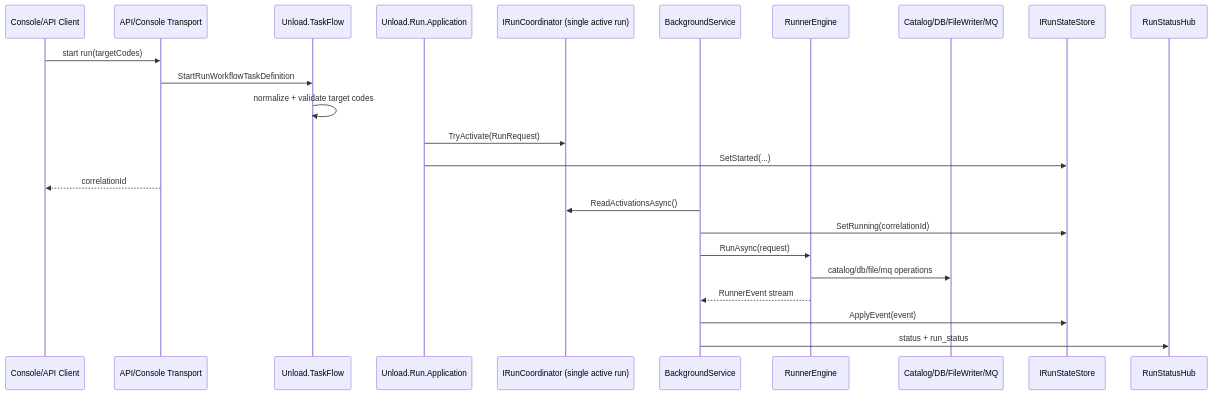
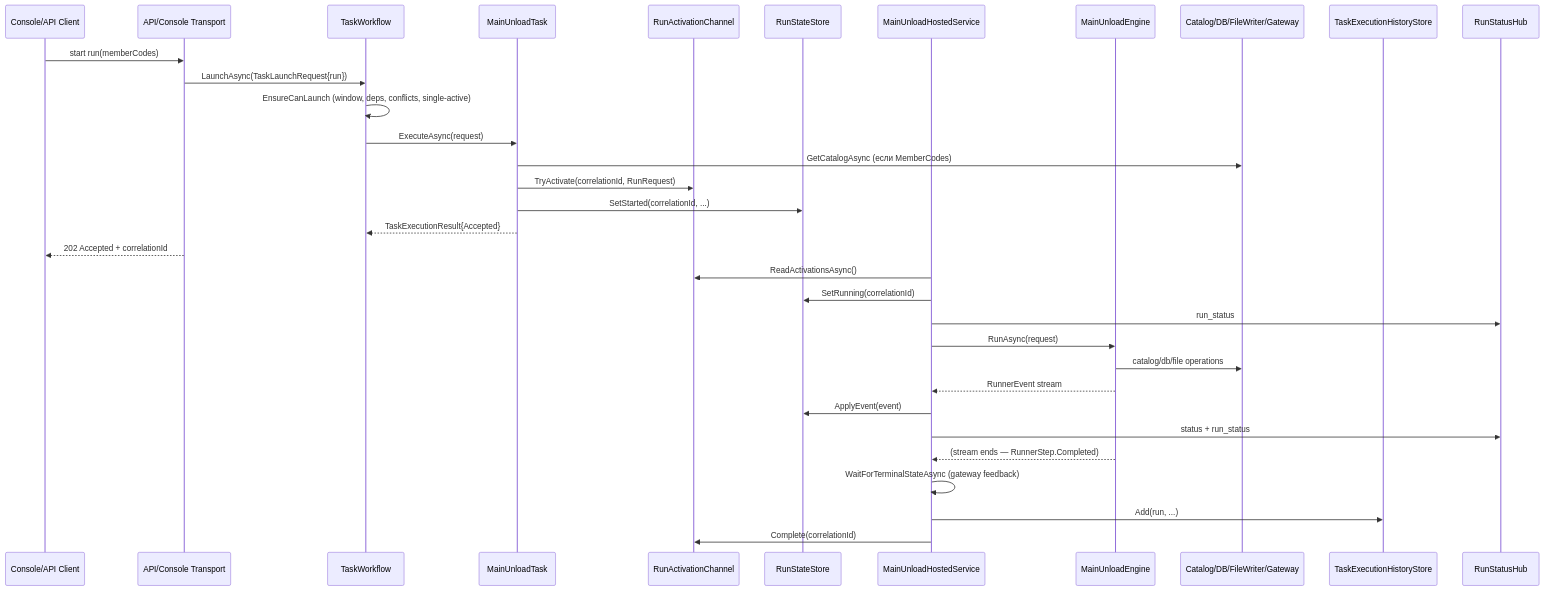
The second of 2 diagrams in docs/ARCHITECTURE.md (Dehydrohaloalkan/unload), drawn with Mermaid before and after one commit. The commit also changed other lines of this file and 3 other files, not shown here.

````diff
--- a/docs/ARCHITECTURE.md
+++ b/docs/ARCHITECTURE.md
@@ -347,28 +260,38 @@
 ```mermaid
 sequenceDiagram
     participant Client as Console/API Client
     participant Transport as API/Console Transport
-    participant TaskFlow as Unload.TaskFlow
-    participant RunApp as Unload.Run.Application
-    participant Coordinator as IRunCoordinator (single active run)
-    participant Worker as BackgroundService
-    participant Runner as RunnerEngine
-    participant Infra as Catalog/DB/FileWriter/MQ
-    participant State as IRunStateStore
+    participant Workflow as TaskWorkflow
+    participant Task as MainUnloadTask
+    participant Channel as RunActivationChannel
+    participant Store as RunStateStore
+    participant Worker as MainUnloadHostedService
+    participant Engine as MainUnloadEngine
+    participant Infra as Catalog/DB/FileWriter/Gateway
+    participant History as TaskExecutionHistoryStore
     participant SignalR as RunStatusHub
 
-    Client->>Transport: start run(targetCodes)
-    Transport->>TaskFlow: StartRunWorkflowTaskDefinition
-    TaskFlow->>TaskFlow: normalize + validate target codes
-    RunApp->>Coordinator: TryActivate(RunRequest)
-    RunApp->>State: SetStarted(...)
-    Transport-->>Client: correlationId
+    Client->>Transport: start run(memberCodes)
+    Transport->>Workflow: LaunchAsync(TaskLaunchRequest{run})
+    Workflow->>Workflow: EnsureCanLaunch (window, deps, conflicts, single-active)
+    Workflow->>Task: ExecuteAsync(request)
+    Task->>Infra: GetCatalogAsync (если MemberCodes)
+    Task->>Channel: TryActivate(correlationId, RunRequest)
+    Task->>Store: SetStarted(correlationId, ...)
+    Task-->>Workflow: TaskExecutionResult{Accepted}
+    Transport-->>Client: 202 Accepted + correlationId
 
-    Worker->>Coordinator: ReadActivationsAsync()
-    Worker->>State: SetRunning(correlationId)
-    Worker->>Runner: RunAsync(request)
-    Runner->>Infra: catalog/db/file/mq operations
-    Runner-->>Worker: RunnerEvent stream
-    Worker->>State: ApplyEvent(event)
+    Worker->>Channel: ReadActivationsAsync()
+    Worker->>Store: SetRunning(correlationId)
+    Worker->>SignalR: run_status
+    Worker->>Engine: RunAsync(request)
+    Engine->>Infra: catalog/db/file operations
+    Engine-->>Worker: RunnerEvent stream
+    Worker->>Store: ApplyEvent(event)
     Worker->>SignalR: status + run_status
+
+    Engine-->>Worker: (stream ends — RunnerStep.Completed)
+    Worker->>Worker: WaitForTerminalStateAsync (gateway feedback)
+    Worker->>History: Add(run, ...)
+    Worker->>Channel: Complete(correlationId)
 ```
````
